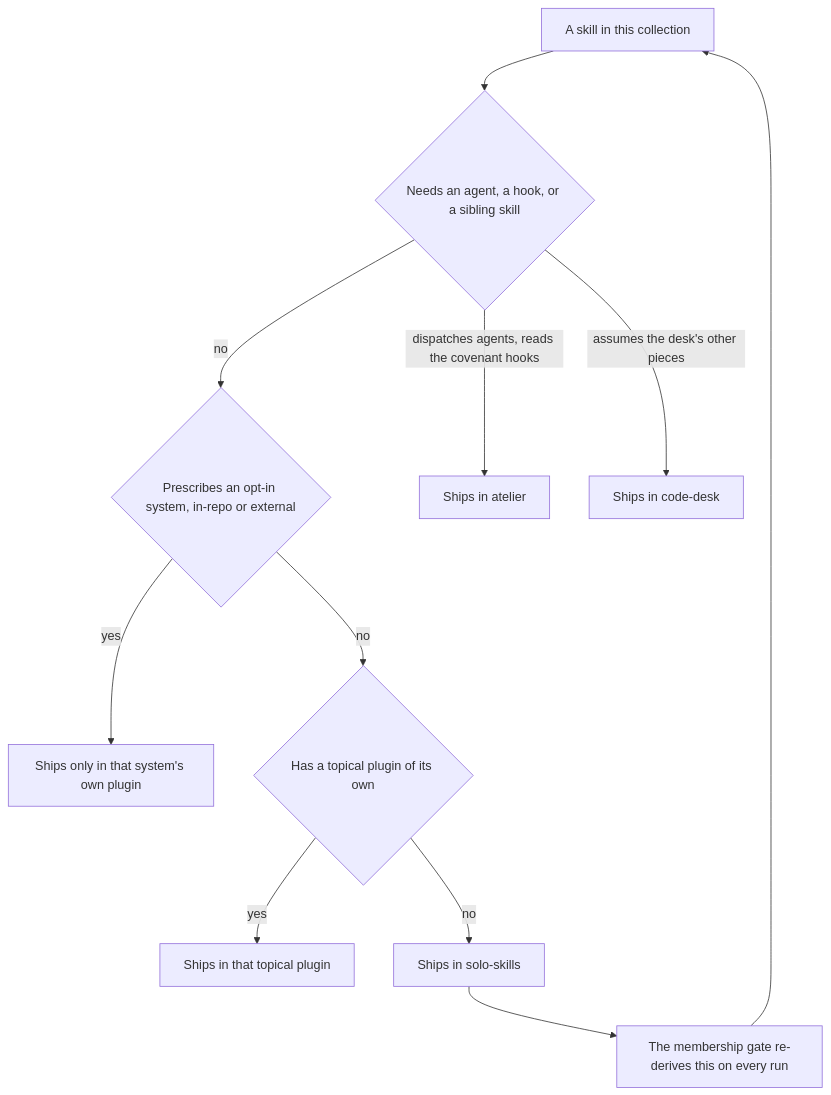
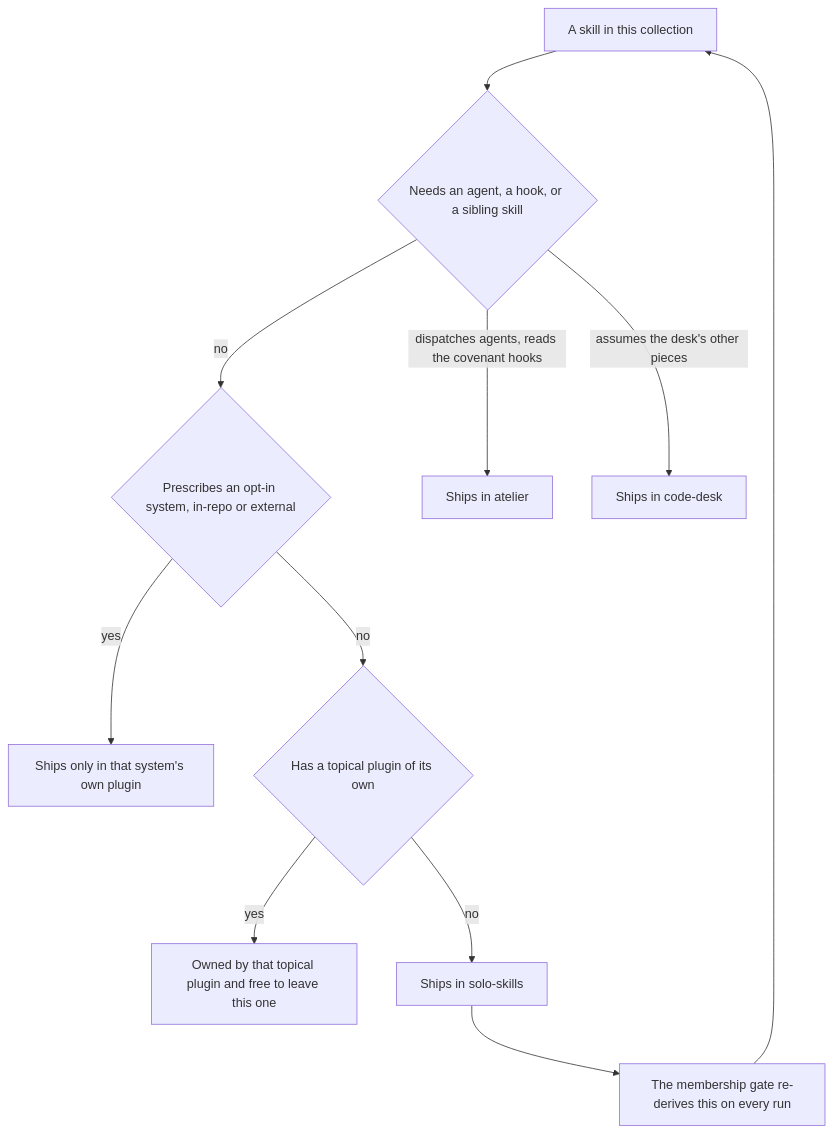
The diagram in plugins/solo-skills/README.md (hsb3/dotfiles-agents), drawn with Mermaid before and after one commit. The commit also changed other lines of this file and 21 other files, not shown here.

````diff
--- a/plugins/solo-skills/README.md
+++ b/plugins/solo-skills/README.md
@@ -18,13 +18,13 @@
 ```mermaid
 flowchart TD
     Skill[A skill in this collection] --> Q{Needs an agent, a hook, or a sibling skill}
     Q -->|no| Sys{Prescribes an opt-in system, in-repo or external}
     Sys -->|yes| MEP[Ships only in that system's own plugin]
     Sys -->|no| Top{Has a topical plugin of its own}
-    Top -->|yes| Own[Ships in that topical plugin]
+    Top -->|yes| Own[Owned by that topical plugin and free to leave this one]
     Top -->|no| Solo[Ships in solo-skills]
     Q -->|dispatches agents, reads the covenant hooks| At[Ships in atelier]
     Q -->|assumes the desk's other pieces| CD[Ships in code-desk]
     Solo --> Gate[The membership gate re-derives this on every run]
     Gate --> Skill
 ```
````
